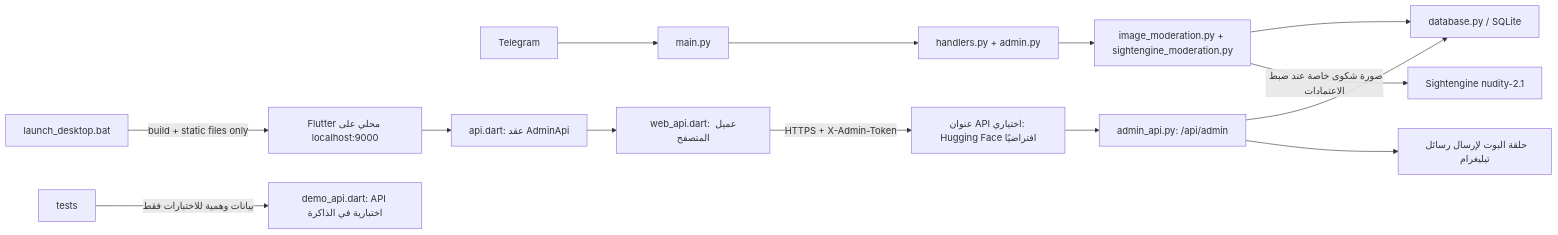
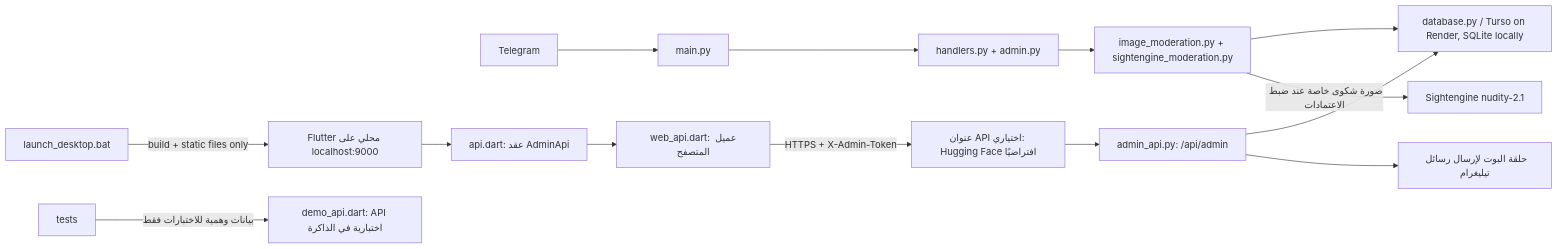
The diagram in PROJECT_MAP.md (ABU-AZZAM-COM/mrw-bot), drawn with Mermaid before and after one commit. The commit also changed other lines of this file and 9 other files, not shown here.

Commit message:
Add Turso database backend for Render

````diff
--- a/PROJECT_MAP.md
+++ b/PROJECT_MAP.md
@@ -29,16 +41,16 @@
 ```mermaid
 flowchart LR
   Telegram --> main[main.py]
   main --> handlers[handlers.py + admin.py]
   handlers --> screening[image_moderation.py + sightengine_moderation.py]
-  screening --> db[database.py / SQLite]
+  screening --> db[database.py / Turso on Render, SQLite locally]
   screening -->|صورة شكوى خاصة عند ضبط الاعتمادات| sightengine[Sightengine nudity-2.1]
   dashboard[Flutter محلي على localhost:9000] --> contract[api.dart: عقد AdminApi]
   contract --> web[web_api.dart: عميل المتصفح]
   web -->|HTTPS + X-Admin-Token| remote[عنوان API اختياري: Hugging Face افتراضيًا]
   remote --> api[admin_api.py: /api/admin]
   api --> db
   api --> botloop[حلقة البوت لإرسال رسائل تيليغرام]
   tests -->|بيانات وهمية للاختبارات فقط| demo[demo_api.dart: API اختبارية في الذاكرة]
   launcher[launch_desktop.bat] -->|build + static files only| dashboard
 ```
````
